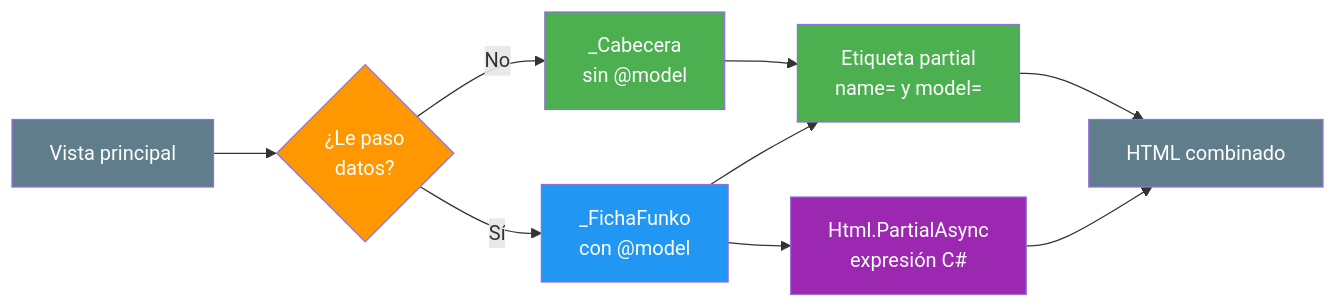
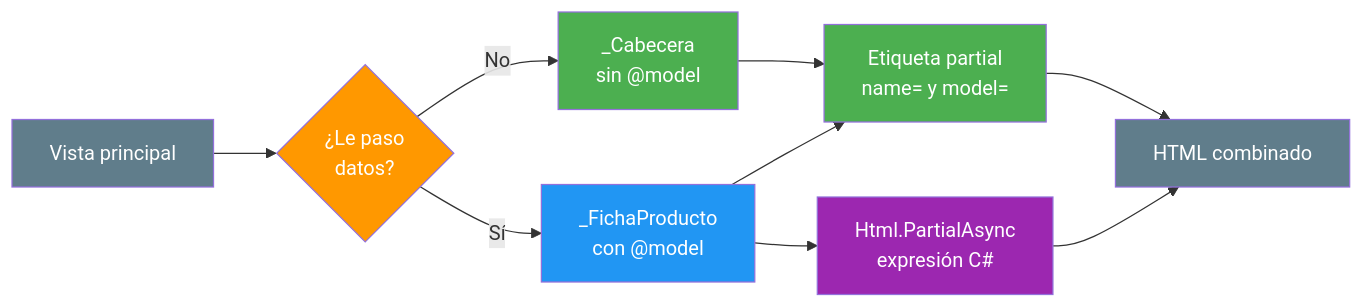
Before and after one commit to joseluisgs/DesarrolloWebEntornosServidor-03-2026-2027: the third of 5 diagrams in 05-layouts-partials-componentes.md, drawn with Mermaid. The commit also changed other lines of this file, not shown here.

Commit message:
fix: revisar 05 segun el esquema de UD02: Resumen sin diagrama, estilo de redaccion y Productos fuera del Reto

````diff
--- a/05-layouts-partials-componentes.md
+++ b/05-layouts-partials-componentes.md
@@ -372,19 +374,19 @@
 ```mermaid
 graph LR
     A["Vista principal"] --> B{"¿Le paso<br/>datos?"}
     B -->|No| C["_Cabecera<br/>sin @model"]
-    B -->|Sí| D["_FichaFunko<br/>con @model"]
+    B -->|Sí| D["_FichaProducto<br/>con @model"]
     C --> E["Etiqueta partial<br/>name= y model="]
     D --> E
     D --> F["Html.PartialAsync<br/>expresión C#"]
     E --> G["HTML combinado"]
     F --> G
 
     style A fill:#607D8B,color:#fff
     style B fill:#FF9800,color:#fff
     style C fill:#4CAF50,color:#fff
     style D fill:#2196F3,color:#fff
     style E fill:#4CAF50,color:#fff
     style F fill:#9C27B0,color:#fff
     style G fill:#607D8B,color:#fff
 ```
````
